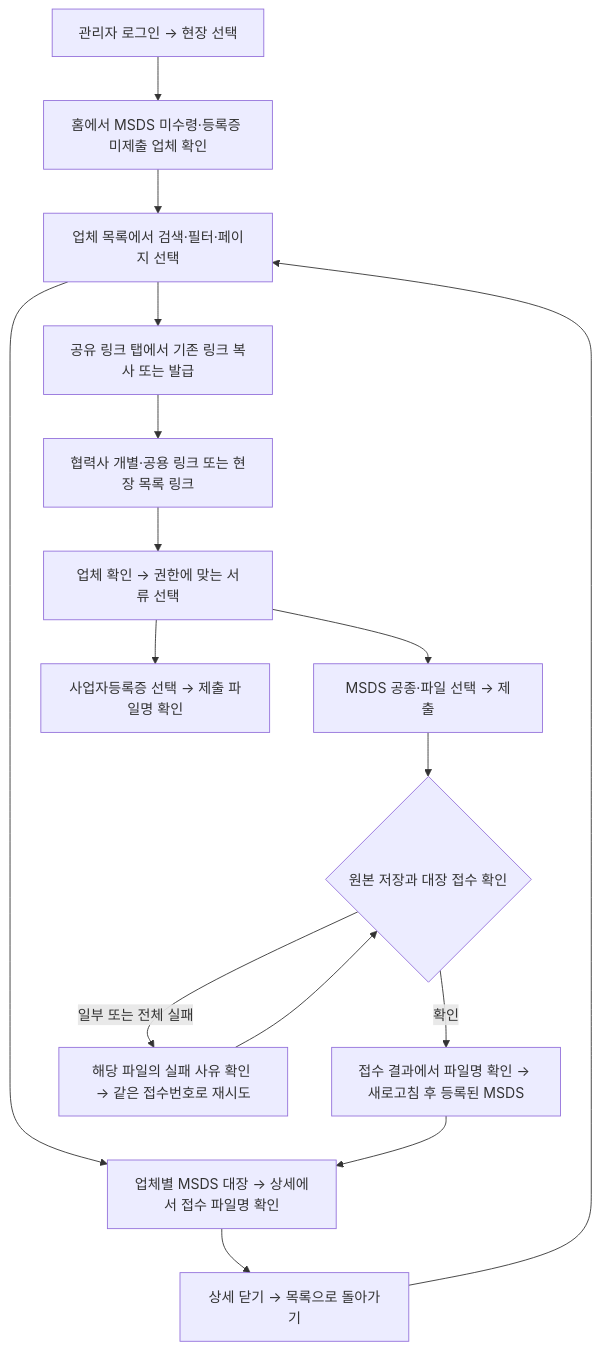
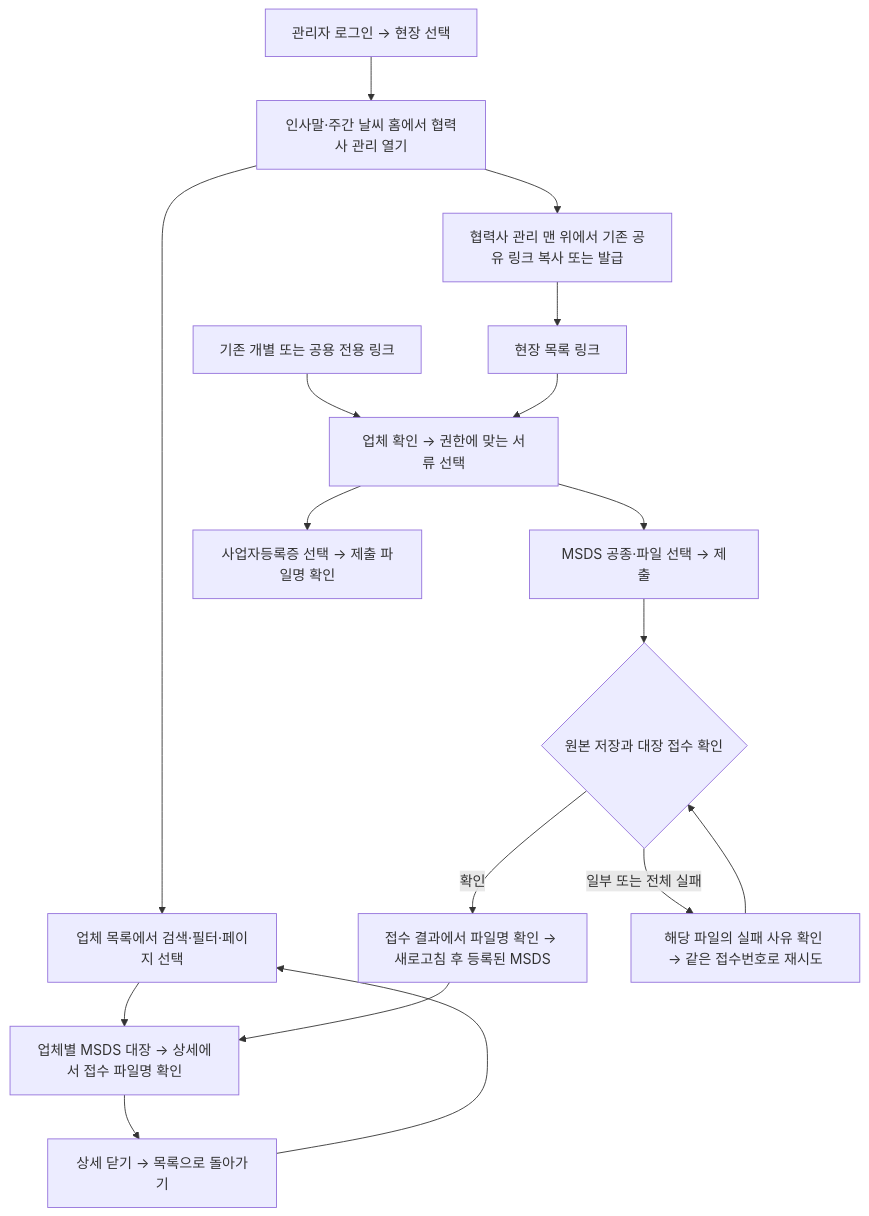
One commit to dhdh09080/GS-site-health-management changed the second of 2 diagrams in docs/field-review/README.md. Above: the diagram before and after it, drawn with Mermaid. The commit also changed other lines of this file and 19 other files, not shown here.

````diff
--- a/docs/field-review/README.md
+++ b/docs/field-review/README.md
@@ -43,18 +47,19 @@
 ```mermaid
 flowchart TD
-  A["관리자 로그인 → 현장 선택"] --> B["홈에서 MSDS 미수령·등록증 미제출 업체 확인"]
+  A["관리자 로그인 → 현장 선택"] --> B["인사말·주간 날씨 홈에서 협력사 관리 열기"]
   B --> C["업체 목록에서 검색·필터·페이지 선택"]
-  C --> L["공유 링크 탭에서 기존 링크 복사 또는 발급"]
-  L --> P["협력사 개별·공용 링크 또는 현장 목록 링크"]
+  B --> L["협력사 관리 맨 위에서 기존 공유 링크 복사 또는 발급"]
+  L --> P["현장 목록 링크"]
+  T["기존 개별 또는 공용 전용 링크"] --> Q
   P --> Q["업체 확인 → 권한에 맞는 서류 선택"]
   Q --> U["MSDS 공종·파일 선택 → 제출"]
   Q --> I["사업자등록증 선택 → 제출 파일명 확인"]
   U --> S{"원본 저장과 대장 접수 확인"}
   S -->|확인| G["접수 결과에서 파일명 확인 → 새로고침 후 등록된 MSDS"]
   S -->|일부 또는 전체 실패| R["해당 파일의 실패 사유 확인 → 같은 접수번호로 재시도"]
   R --> S
   C --> D["업체별 MSDS 대장 → 상세에서 접수 파일명 확인"]
   G --> D
   D --> V["상세 닫기 → 목록으로 돌아가기"]
   V --> C
 ```
````
